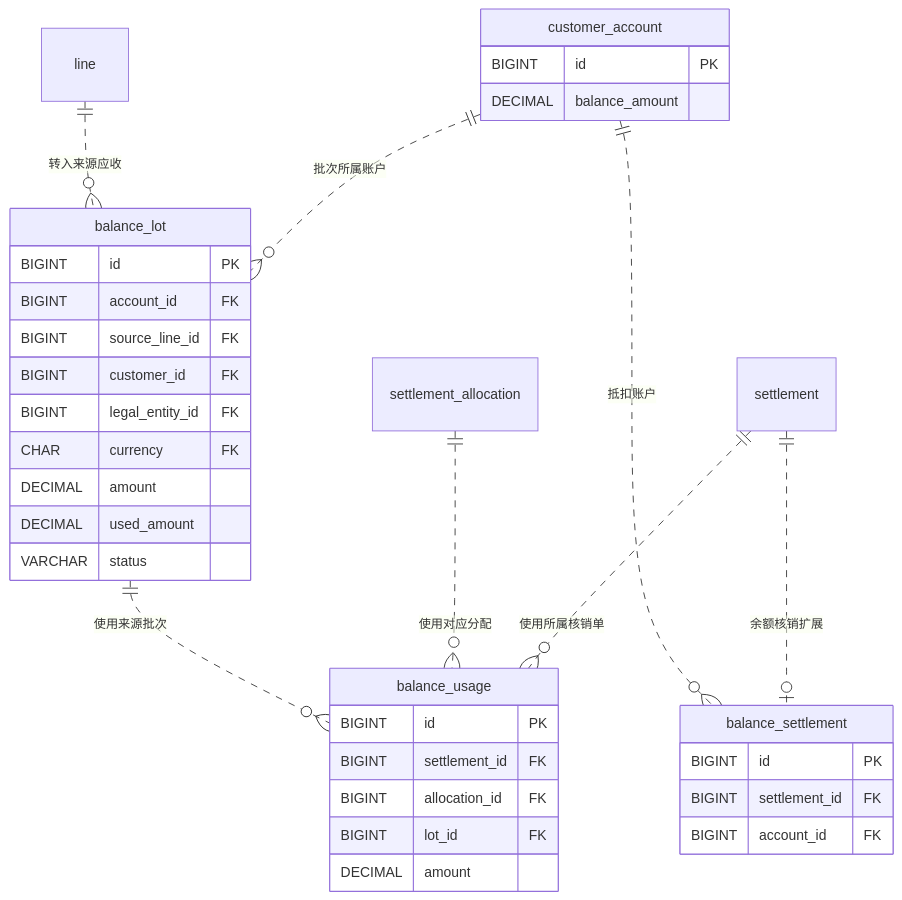
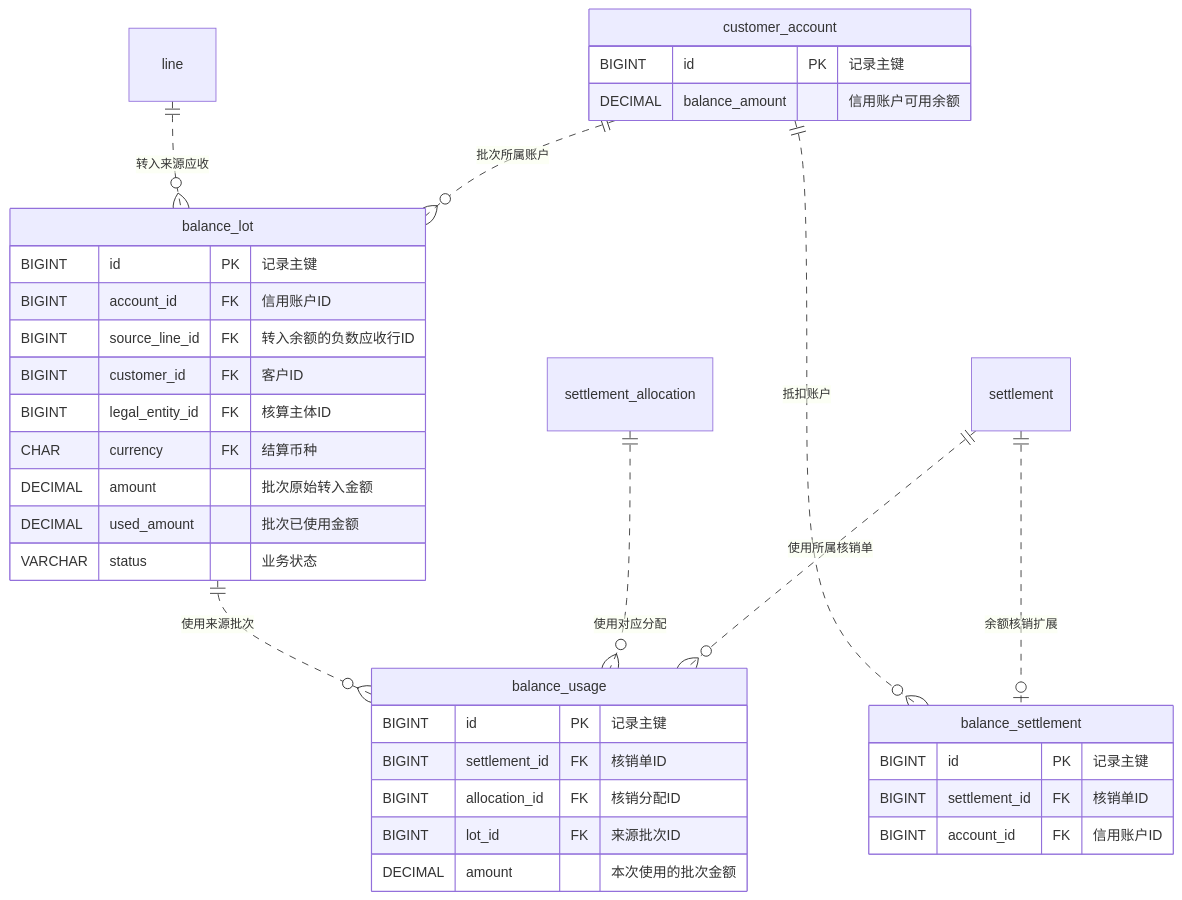
One commit to PunjabLee/OMS_AR changed the fourth of 6 diagrams in docs/handbook/05-entity-relationships.md. Above: the diagram before and after it, drawn with Mermaid. The commit also changed other lines of this file, not shown here.

Commit message:
docs(ar): show Chinese field descriptions inside ER diagrams

````diff
--- a/docs/handbook/05-entity-relationships.md
+++ b/docs/handbook/05-entity-relationships.md
@@ -185,37 +185,37 @@
 ```mermaid
 erDiagram
     customer_account {
-        BIGINT id PK
-        DECIMAL balance_amount
+        BIGINT id PK "记录主键"
+        DECIMAL balance_amount "信用账户可用余额"
     }
     balance_lot {
-        BIGINT id PK
-        BIGINT account_id FK
-        BIGINT source_line_id FK
-        BIGINT customer_id FK
-        BIGINT legal_entity_id FK
-        CHAR currency FK
-        DECIMAL amount
-        DECIMAL used_amount
-        VARCHAR status
+        BIGINT id PK "记录主键"
+        BIGINT account_id FK "信用账户ID"
+        BIGINT source_line_id FK "转入余额的负数应收行ID"
+        BIGINT customer_id FK "客户ID"
+        BIGINT legal_entity_id FK "核算主体ID"
+        CHAR currency FK "结算币种"
+        DECIMAL amount "批次原始转入金额"
+        DECIMAL used_amount "批次已使用金额"
+        VARCHAR status "业务状态"
     }
     balance_settlement {
-        BIGINT id PK
-        BIGINT settlement_id FK
-        BIGINT account_id FK
+        BIGINT id PK "记录主键"
+        BIGINT settlement_id FK "核销单ID"
+        BIGINT account_id FK "信用账户ID"
     }
     balance_usage {
-        BIGINT id PK
-        BIGINT settlement_id FK
-        BIGINT allocation_id FK
-        BIGINT lot_id FK
-        DECIMAL amount
+        BIGINT id PK "记录主键"
+        BIGINT settlement_id FK "核销单ID"
+        BIGINT allocation_id FK "核销分配ID"
+        BIGINT lot_id FK "来源批次ID"
+        DECIMAL amount "本次使用的批次金额"
     }
     customer_account ||..o{ balance_lot : "批次所属账户"
     line ||..o{ balance_lot : "转入来源应收"
     settlement ||..o| balance_settlement : "余额核销扩展"
     customer_account ||..o{ balance_settlement : "抵扣账户"
     settlement ||..o{ balance_usage : "使用所属核销单"
     settlement_allocation ||..o{ balance_usage : "使用对应分配"
     balance_lot ||..o{ balance_usage : "使用来源批次"
 ```
````
